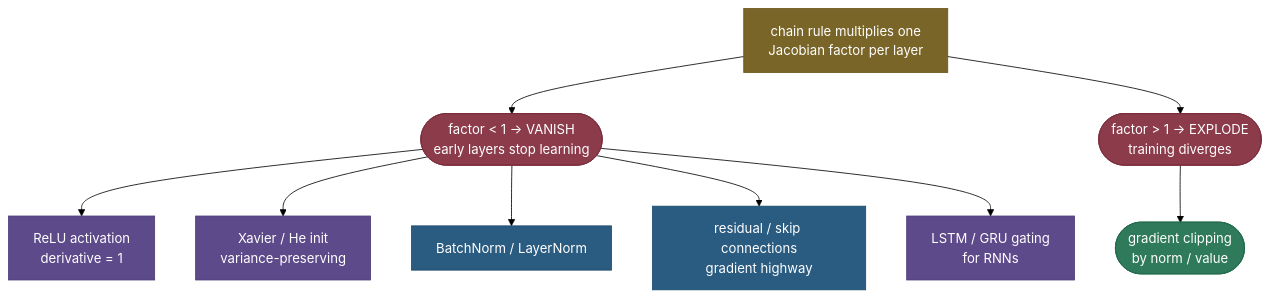
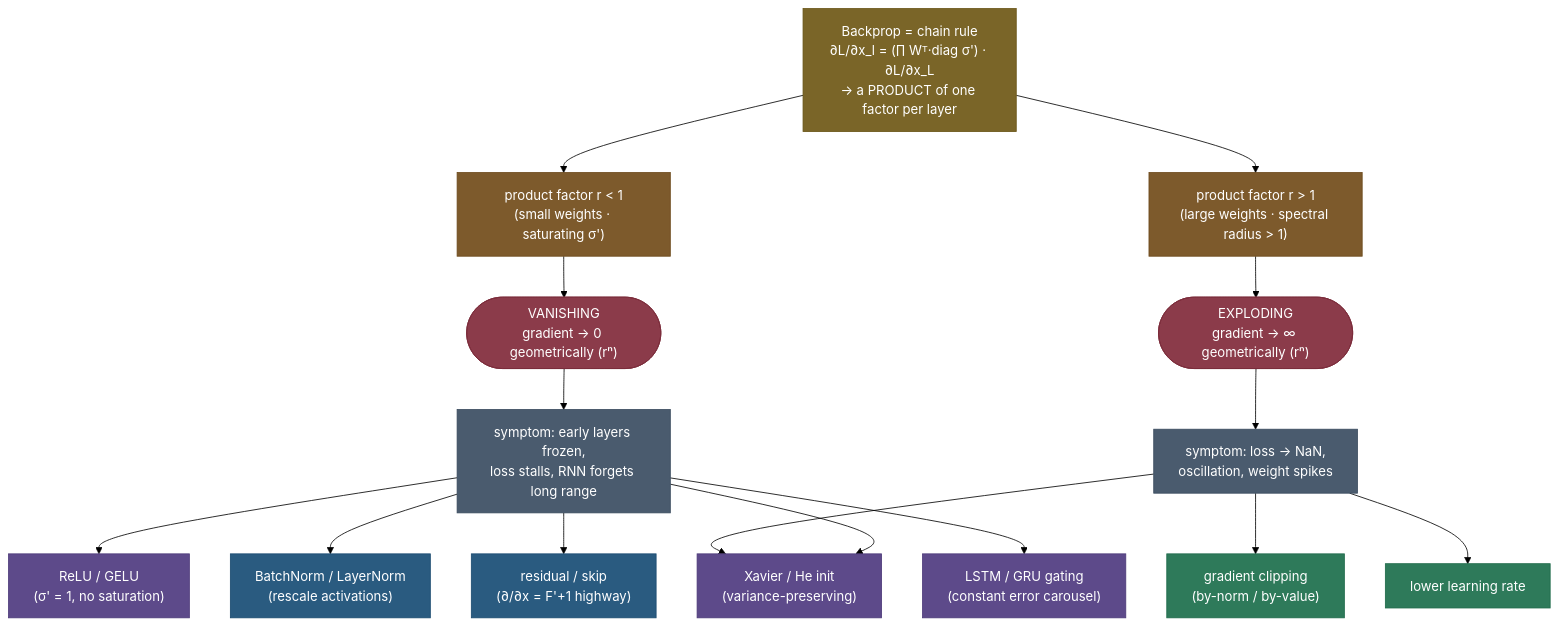
The first of 2 diagrams in 05. Deep_Learning/concepts/06-Vanishing-Exploding-Gradients.md (sudhir13s/AI-ML-learning-resources), drawn with Mermaid (forest theme) before and after one commit. The commit also changed other lines of this file and 9 other files, not shown here.

First line of the commit message:
feat(deep-learning): elevate Vanishing/Exploding Gradients to gold standard

````diff
--- a/05. Deep_Learning/concepts/06-Vanishing-Exploding-Gradients.md
+++ b/05. Deep_Learning/concepts/06-Vanishing-Exploding-Gradients.md
@@ -72,17 +241,26 @@
 ```mermaid
 graph TD
-    P["chain rule multiplies one<br/>Jacobian factor per layer"]:::amber --> V(["factor < 1 → VANISH<br/>early layers stop learning"]):::danger
-    P --> E(["factor > 1 → EXPLODE<br/>training diverges"]):::danger
-    V --> F1["ReLU activation<br/>derivative = 1"]:::process
-    V --> F2["Xavier / He init<br/>variance-preserving"]:::process
-    V --> F3["BatchNorm / LayerNorm"]:::navy
-    V --> F4["residual / skip connections<br/>gradient highway"]:::navy
-    V --> F5["LSTM / GRU gating<br/>for RNNs"]:::process
-    E --> C(["gradient clipping<br/>by norm / value"]):::out
+    ROOT["Backprop = chain rule<br/>∂L/∂x_l = (∏ Wᵀ·diag σ') · ∂L/∂x_L<br/>→ a PRODUCT of one factor per layer"]:::amber
+    ROOT --> LT["product factor r &lt; 1<br/>(small weights · saturating σ')"]:::warn
+    ROOT --> GT["product factor r &gt; 1<br/>(large weights · spectral radius &gt; 1)"]:::warn
+    LT --> VAN(["VANISHING<br/>gradient → 0 geometrically (rⁿ)"]):::danger
+    GT --> EXP(["EXPLODING<br/>gradient → ∞ geometrically (rⁿ)"]):::danger
+    VAN --> S1["symptom: early layers frozen,<br/>loss stalls, RNN forgets long range"]:::slate
+    EXP --> S2["symptom: loss → NaN,<br/>oscillation, weight spikes"]:::slate
+    S1 --> F1["ReLU / GELU<br/>(σ' = 1, no saturation)"]:::fix
+    S1 --> F2["Xavier / He init<br/>(variance-preserving)"]:::fix
+    S1 --> F3["BatchNorm / LayerNorm<br/>(rescale activations)"]:::navy
+    S1 --> F4["residual / skip<br/>(∂/∂x = F'+1 highway)"]:::navy
+    S1 --> F5["LSTM / GRU gating<br/>(constant error carousel)"]:::fix
+    S2 --> F6["gradient clipping<br/>(by-norm / by-value)"]:::out
+    S2 --> F2
+    S2 --> F7["lower learning rate"]:::out
 
     classDef amber fill:#7A6528,stroke:#6A5518,color:#fff
+    classDef warn fill:#7D5A2C,stroke:#6D4A1C,color:#fff
     classDef danger fill:#8B3B4A,stroke:#7B2B3A,color:#fff
-    classDef process fill:#5D4A8A,stroke:#4D3A7A,color:#fff
+    classDef slate fill:#4A5B6E,stroke:#3A4B5E,color:#fff
+    classDef fix fill:#5D4A8A,stroke:#4D3A7A,color:#fff
     classDef navy fill:#2A5B80,stroke:#1A4B70,color:#fff
     classDef out fill:#2E7A5A,stroke:#1E6A4A,color:#fff
 ```
````
